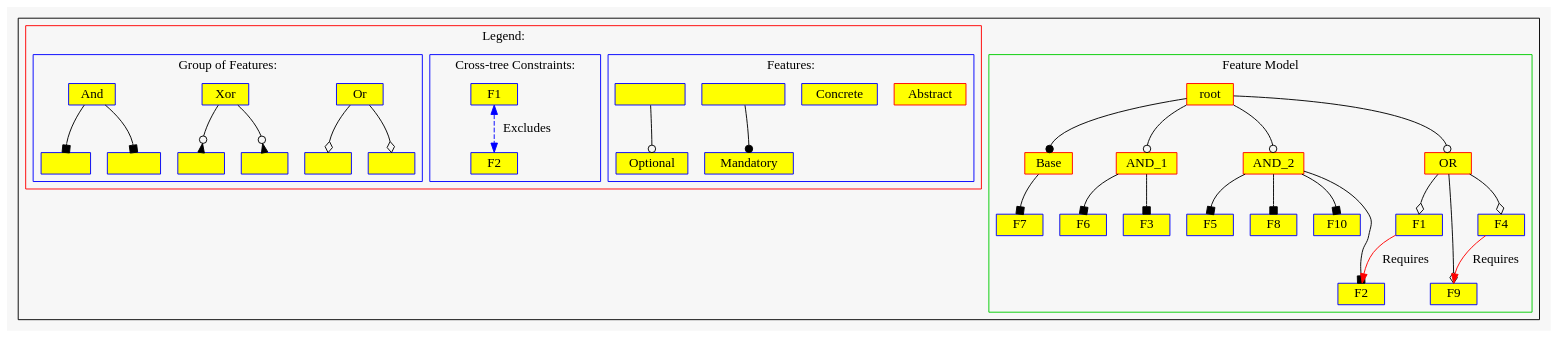
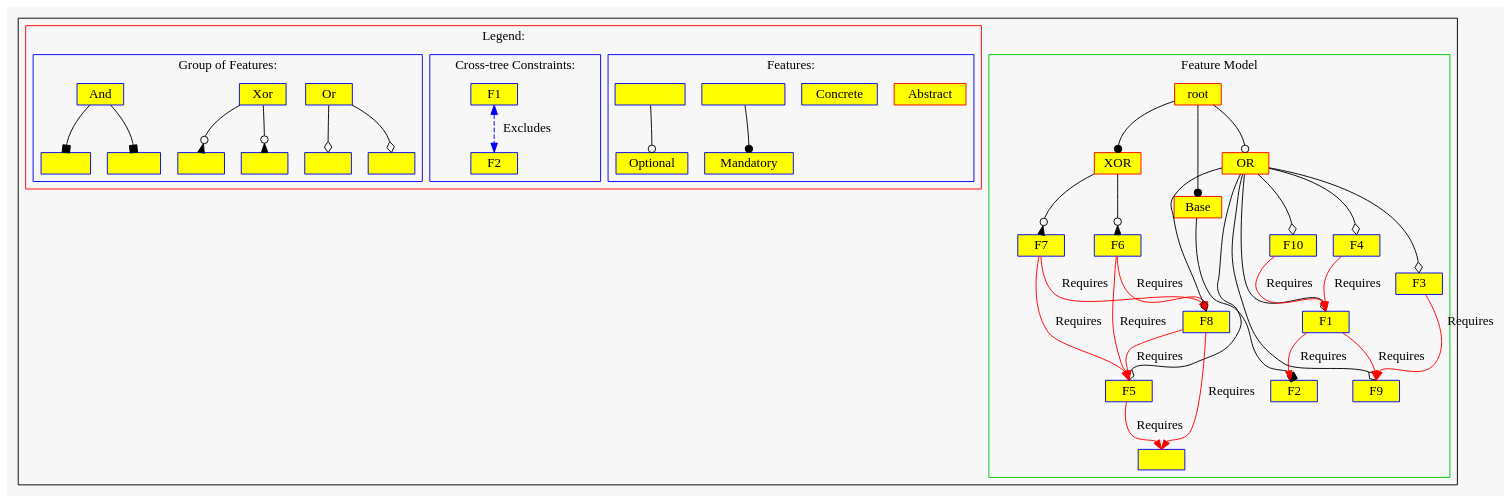
The diagram in refm-competition-ws/fr.inria.diverse.refm.competition.almsiedeen/FM dot/FM.dot (jagalindo/puzzle-testing), drawn with Graphviz before and after one commit. The commit also changed 481 other files, not shown here.

```diff
--- a/refm-competition-ws/fr.inria.diverse.refm.competition.almsiedeen/FM dot/FM.dot
+++ b/refm-competition-ws/fr.inria.diverse.refm.competition.almsiedeen/FM dot/FM.dot
@@ -1,64 +1,66 @@
 digraph G  { 
 graph [bgcolor=gray97];
 subgraph cluster_1{
 node [shape=box, width=0.7, height=0.3,style=filled, color=blue, fillcolor=yellow1];
 subgraph cluster_2{
 node [shape=box, width=0.7, height=0.3,style=filled, color=red, fillcolor=yellow1];
 "root";
 node [shape=box, width=0.7, height=0.3,style=filled, color=red, fillcolor=yellow1];
 "root"->"Base":n[arrowhead="dot"];node [shape=box, width=0.7, height=0.3,style=filled, color=blue, fillcolor=yellow1];
-"Base"->"F7":n[arrowhead="box"];node [shape=box, width=0.7, height=0.3,style=filled, color=blue, fillcolor=yellow1];
+"Base"->"F2":n[arrowhead="box"];node [shape=box, width=0.7, height=0.3,style=filled, color=blue, fillcolor=yellow1];
 node [shape=box, width=0.7, height=0.3,style=filled, color=red, fillcolor=yellow1];
-"root"->"AND_1":n[arrowhead="odot"];
+"root"->"XOR":n[arrowhead="dot"];
 node [shape=box, width=0.7, height=0.3,style=filled, color=blue, fillcolor=yellow1];
-"AND_1"->"F6":n[arrowhead="box"];
-node [shape=box, width=0.7, height=0.3,style=filled, color=blue, fillcolor=yellow1];
-"AND_1"->"F3":n[arrowhead="box"];
-node [shape=box, width=0.7, height=0.3,style=filled, color=red, fillcolor=yellow1];
-"root"->"AND_2":n[arrowhead="odot"];
-node [shape=box, width=0.7, height=0.3,style=filled, color=blue, fillcolor=yellow1];
-"AND_2"->"F8":n[arrowhead="box"];
-node [shape=box, width=0.7, height=0.3,style=filled, color=blue, fillcolor=yellow1];
-"AND_2"->"F10":n[arrowhead="box"];
-node [shape=box, width=0.7, height=0.3,style=filled, color=blue, fillcolor=yellow1];
-"AND_2"->"F2":n[arrowhead="box"];
-node [shape=box, width=0.7, height=0.3,style=filled, color=blue, fillcolor=yellow1];
-"AND_2"->"F5":n[arrowhead="box"];
-node [shape=box, width=0.7, height=0.3,style=filled, color=red, fillcolor=yellow1];
+"XOR"->"F6":n[arrowhead="invodot"];
+"XOR"->"F7":n[arrowhead="invodot"];
 node [shape=box, width=0.7, height=0.3,style=filled, color=red, fillcolor=yellow1];
 "root"->"OR":n[arrowhead="odot"];
 node [shape=box, width=0.7, height=0.3,style=filled, color=blue, fillcolor=yellow1];
-"OR"->"F4":n[arrowhead="odiamond"];
+"OR"->"F5":n[arrowhead="odiamond"];
+"OR"->"F3":n[arrowhead="odiamond"];
 "OR"->"F9":n[arrowhead="odiamond"];
 "OR"->"F1":n[arrowhead="odiamond"];
-"F4"->"F9":n[color="red",label="Requires"];
+"OR"->"F4":n[arrowhead="odiamond"];
+"OR"->"F8":n[arrowhead="odiamond"];
+"OR"->"F10":n[arrowhead="odiamond"];
+"F3"->"F9":n[color="red",label="Requires"];
+"F1"->"F9":n[color="red",label="Requires"];
+"F10"->"F1":n[color="red",label="Requires"];
+"F4"->"F1":n[color="red",label="Requires"];
+"F5"->"":n[color="red",label="Requires"];
+"F8"->"F5":n[color="red",label="Requires"];
+"F8"->"":n[color="red",label="Requires"];
+"F6"->"F5":n[color="red",label="Requires"];
+"F6"->"F8":n[color="red",label="Requires"];
+"F7"->"F5":n[color="red",label="Requires"];
+"F7"->"F8":n[color="red",label="Requires"];
 	label = "Feature Model";
 	color=green3;	}
 subgraph cluster_3{
 
 	subgraph cluster_4{
 	"Abstract":n[fillcolor="yellow1", color="red"];
 	"Concrete":n[fillcolor="yellow1", color="blue"];
 	"                "->"Mandatory":n[arrowhead="dot"];
 	"             "->"Optional":n[arrowhead="odot"];
 	label = "Features:";
 	color=blue;
 	}
 	subgraph cluster_5{
 	edge [dir=none]"F1 "->"F2 "[style="dashed", color="blue",label=" Excludes", dir="both"];
 	 edge [dir=forward]"F1"->"F2"[color="red",label=" Requires"];
 	label = "Cross-tree Constraints:";	color=blue;	}	subgraph cluster_6{
 	"Or" ->"   ":n[arrowhead="odiamond"];
 	"Or" ->"     ":n[arrowhead="odiamond"];
 	"Xor"->"      ":n[arrowhead="invodot"];
 	"Xor"->"       ":n[arrowhead="invodot"];
 	"And"->"        ":n[arrowhead="box"];
 	"And"->"         ":n[arrowhead="box"];
 	label = "Group of Features:";
 	color=blue;
 	}
 	label = "Legend:";
 	color=red
 }
 }
 }
```
